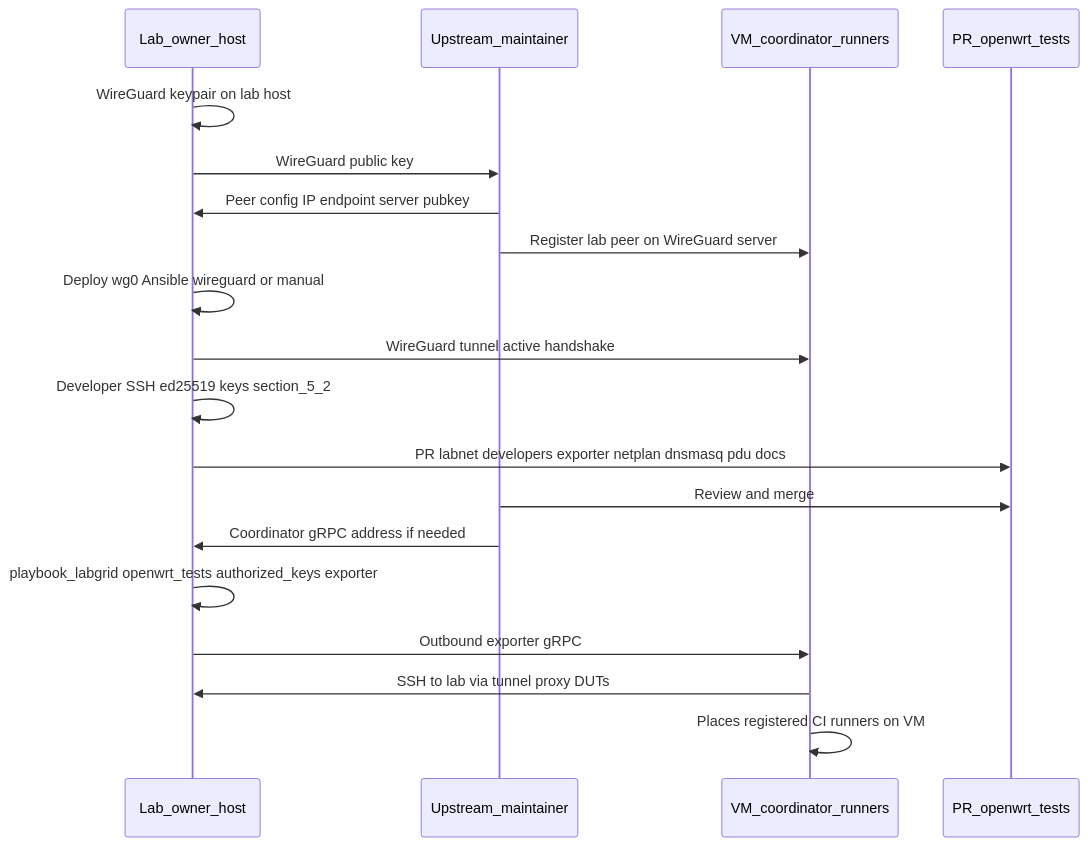
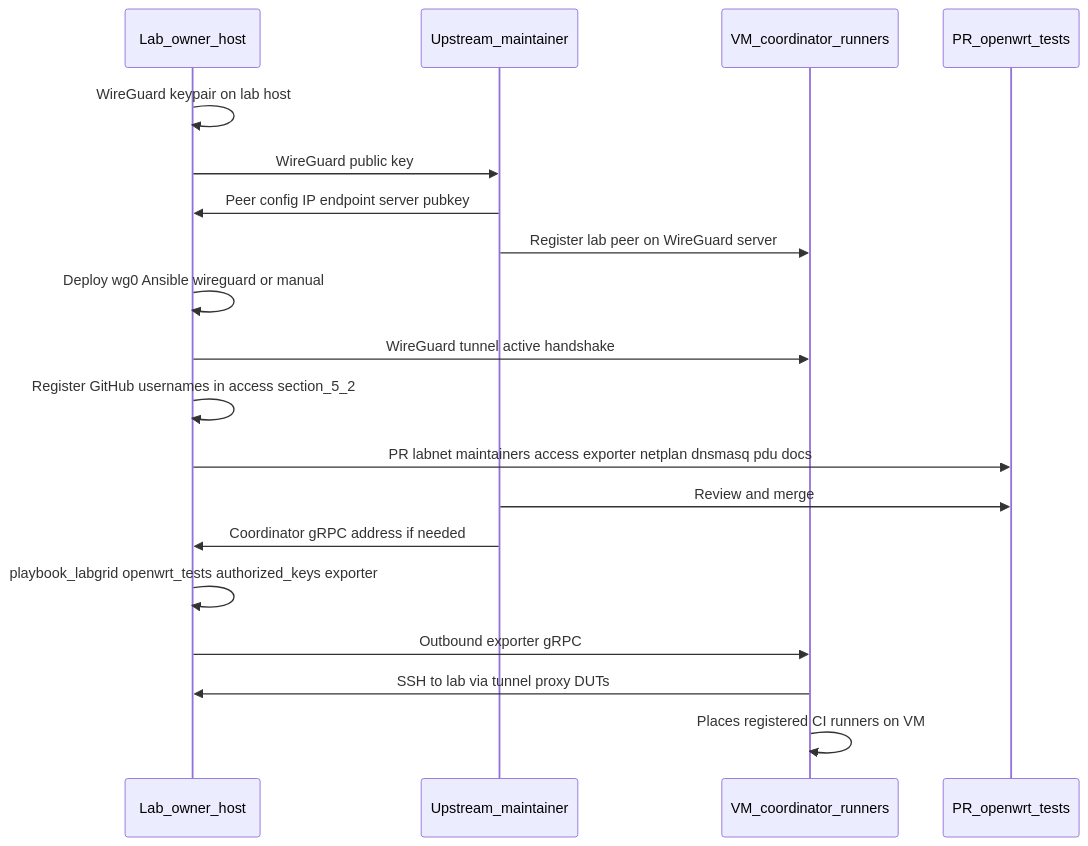
Before and after one commit to ccasanueva7/fcefyn_testbed_utils: the second of 2 diagrams in docs/diseno/openwrt-tests-onboarding.md, drawn with Mermaid. The commit also changed other lines of this file and 5 other files, not shown here.

````diff
--- a/docs/diseno/openwrt-tests-onboarding.md
+++ b/docs/diseno/openwrt-tests-onboarding.md
@@ -183,22 +186,22 @@
 ```mermaid
 sequenceDiagram
     participant Lab as Lab_owner_host
     participant Maint as Upstream_maintainer
     participant DC as VM_coordinator_runners
     participant PR as PR_openwrt_tests
 
     Lab->>Lab: WireGuard keypair on lab host
     Lab->>Maint: WireGuard public key
     Maint->>Lab: Peer config IP endpoint server pubkey
     Maint->>DC: Register lab peer on WireGuard server
     Lab->>Lab: Deploy wg0 Ansible wireguard or manual
     Lab->>DC: WireGuard tunnel active handshake
-    Lab->>Lab: Developer SSH ed25519 keys section_5_2
-    Lab->>PR: PR labnet developers exporter netplan dnsmasq pdu docs
+    Lab->>Lab: Register GitHub usernames in access section_5_2
+    Lab->>PR: PR labnet maintainers access exporter netplan dnsmasq pdu docs
     Maint->>PR: Review and merge
     Maint->>Lab: Coordinator gRPC address if needed
     Lab->>Lab: playbook_labgrid openwrt_tests authorized_keys exporter
     Lab->>DC: Outbound exporter gRPC
     DC->>Lab: SSH to lab via tunnel proxy DUTs
     DC->>DC: Places registered CI runners on VM
 ```
````
